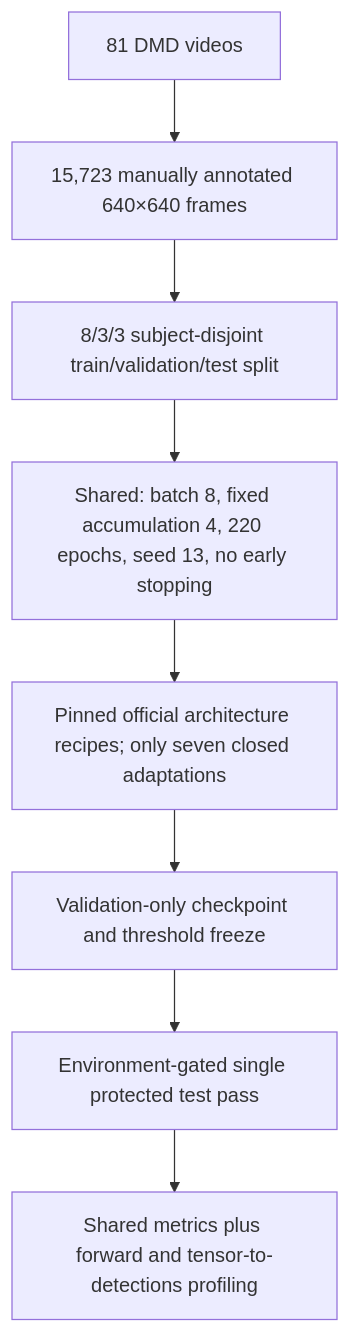
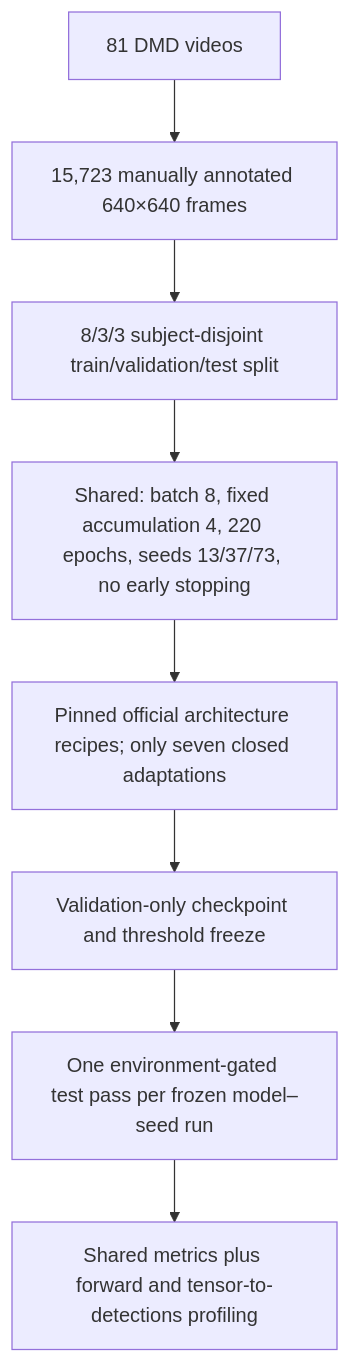
The diagram in docs/README.md (IamOumarIbrahim/DMS-Eval), drawn with Mermaid before and after one commit. The commit also changed other lines of this file and 28 other files, not shown here.

````diff
--- a/docs/README.md
+++ b/docs/README.md
@@ -7,10 +7,10 @@
 ```mermaid
 flowchart TD
     A[81 DMD videos] --> B[15,723 manually annotated 640×640 frames]
     B --> C[8/3/3 subject-disjoint train/validation/test split]
-    C --> D[Shared: batch 8, fixed accumulation 4, 220 epochs, seed 13, no early stopping]
+    C --> D[Shared: batch 8, fixed accumulation 4, 220 epochs, seeds 13/37/73, no early stopping]
     D --> E[Pinned official architecture recipes; only seven closed adaptations]
     E --> F[Validation-only checkpoint and threshold freeze]
-    F --> G[Environment-gated single protected test pass]
+    F --> G[One environment-gated test pass per frozen model–seed run]
     G --> H[Shared metrics plus forward and tensor-to-detections profiling]
 ```
````
